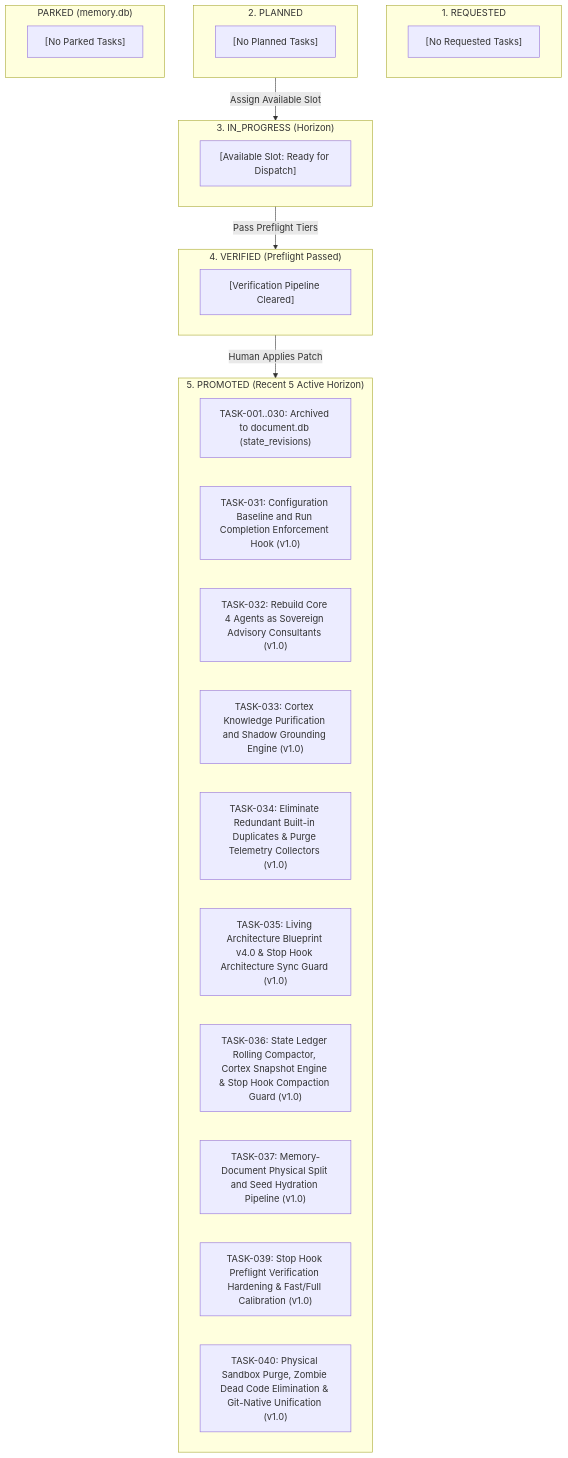
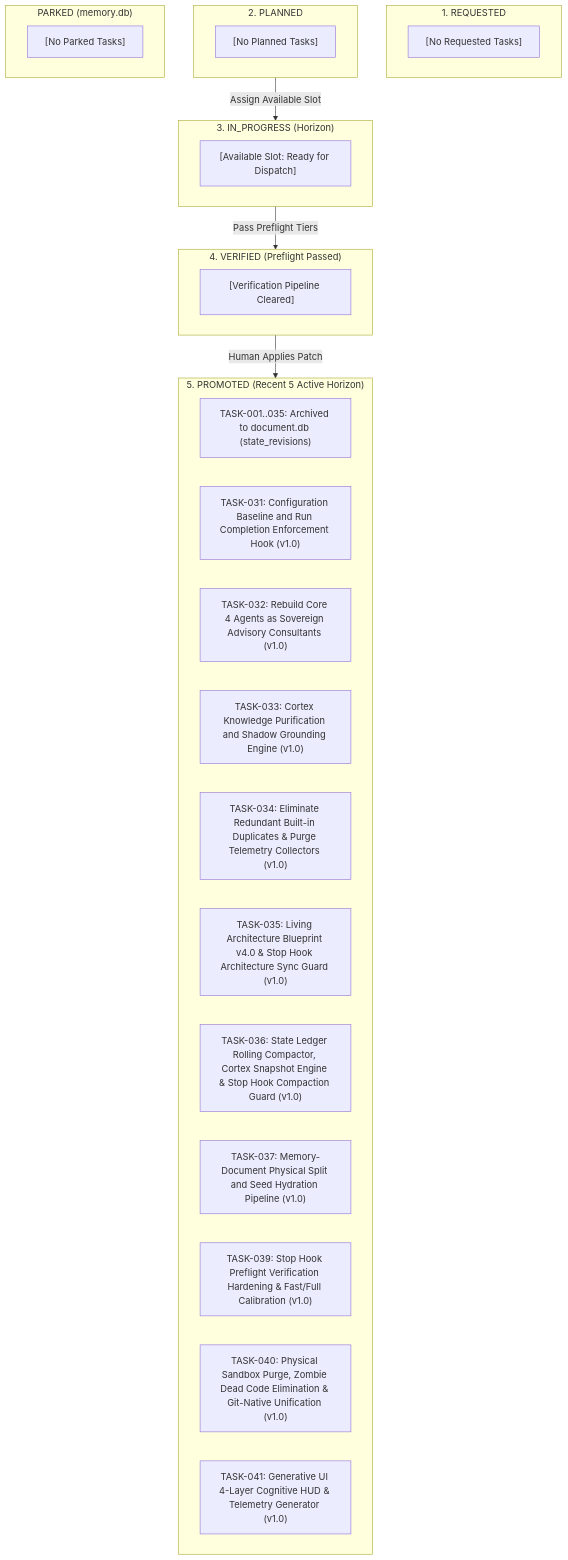
One commit to jinseobhong/antigravity-autopoiesis changed the third of 4 diagrams in docs/active/CURRENT_STATE.md. Above: the diagram before and after it, drawn with Mermaid. The commit also changed other lines of this file and 4 other files, not shown here.

Commit message:
feat(hud): implement 4-layer cognitive HUD generative UI and telemetry generator (TASK-041)

````diff
--- a/docs/active/CURRENT_STATE.md
+++ b/docs/active/CURRENT_STATE.md
@@ -129,39 +129,40 @@
 ```mermaid
 flowchart TD
     subgraph ColRequested ["1. REQUESTED"]
         REQ_100["[No Requested Tasks]"]
     end
 
     subgraph ColPlanned ["2. PLANNED"]
         PLN_100["[No Planned Tasks]"]
     end
 
     subgraph ColParked ["PARKED (memory.db)"]
         PRK_100["[No Parked Tasks]"]
     end
 
     subgraph ColActive ["3. IN_PROGRESS (Horizon)"]
         ACT_100["[Available Slot: Ready for Dispatch]"]
     end
 
     subgraph ColVerified ["4. VERIFIED (Preflight Passed)"]
         VER_100["[Verification Pipeline Cleared]"]
     end
 
     subgraph ColPromoted ["5. PROMOTED (Recent 5 Active Horizon)"]
-        PRM_ARCH["TASK-001..030: Archived to document.db (state_revisions)"]
+        PRM_ARCH["TASK-001..035: Archived to document.db (state_revisions)"]
         PRM_131["TASK-031: Configuration Baseline and Run Completion Enforcement Hook (v1.0)"]
         PRM_132["TASK-032: Rebuild Core 4 Agents as Sovereign Advisory Consultants (v1.0)"]
         PRM_133["TASK-033: Cortex Knowledge Purification and Shadow Grounding Engine (v1.0)"]
         PRM_134["TASK-034: Eliminate Redundant Built-in Duplicates & Purge Telemetry Collectors (v1.0)"]
         PRM_135["TASK-035: Living Architecture Blueprint v4.0 & Stop Hook Architecture Sync Guard (v1.0)"]
         PRM_136["TASK-036: State Ledger Rolling Compactor, Cortex Snapshot Engine & Stop Hook Compaction Guard (v1.0)"]
         PRM_137["TASK-037: Memory-Document Physical Split and Seed Hydration Pipeline (v1.0)"]
         PRM_139["TASK-039: Stop Hook Preflight Verification Hardening & Fast/Full Calibration (v1.0)"]
         PRM_140["TASK-040: Physical Sandbox Purge, Zombie Dead Code Elimination & Git-Native Unification (v1.0)"]
+        PRM_141["TASK-041: Generative UI 4-Layer Cognitive HUD & Telemetry Generator (v1.0)"]
     end
 
     ColPlanned -->|"Assign Available Slot"| ColActive
     ColActive -->|"Pass Preflight Tiers"| ColVerified
     ColVerified -->|"Human Applies Patch"| ColPromoted
 ```
````
